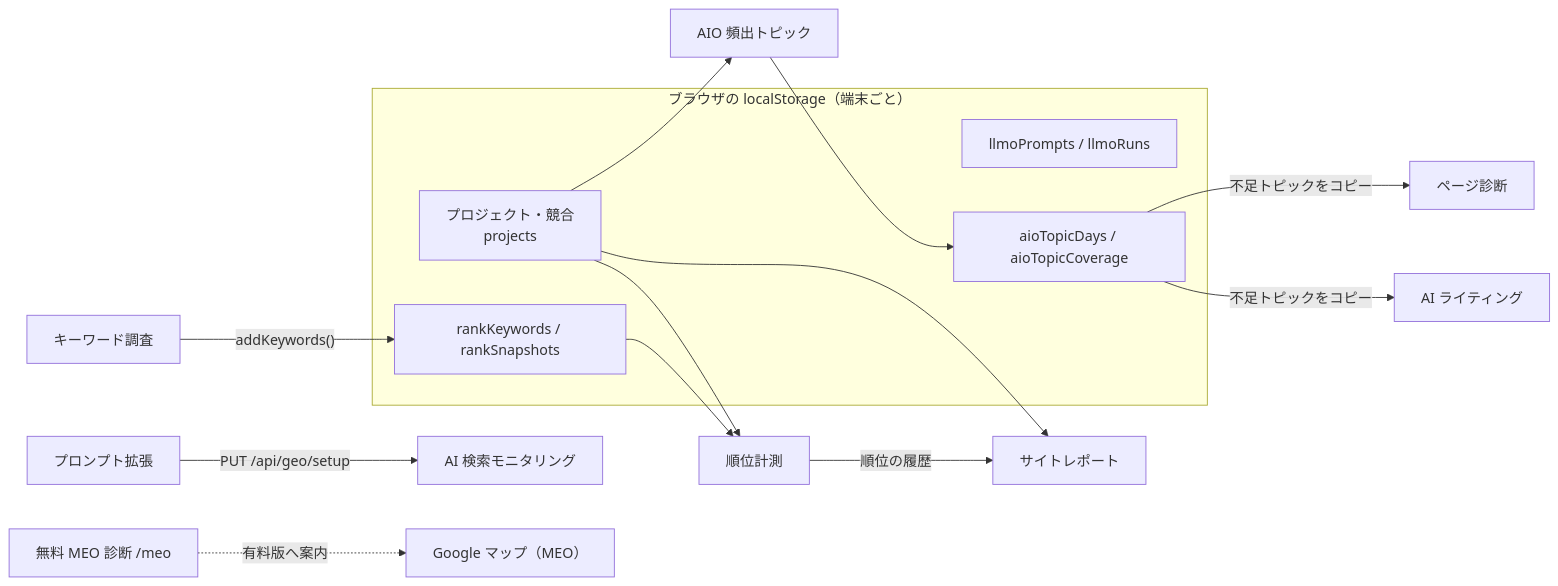
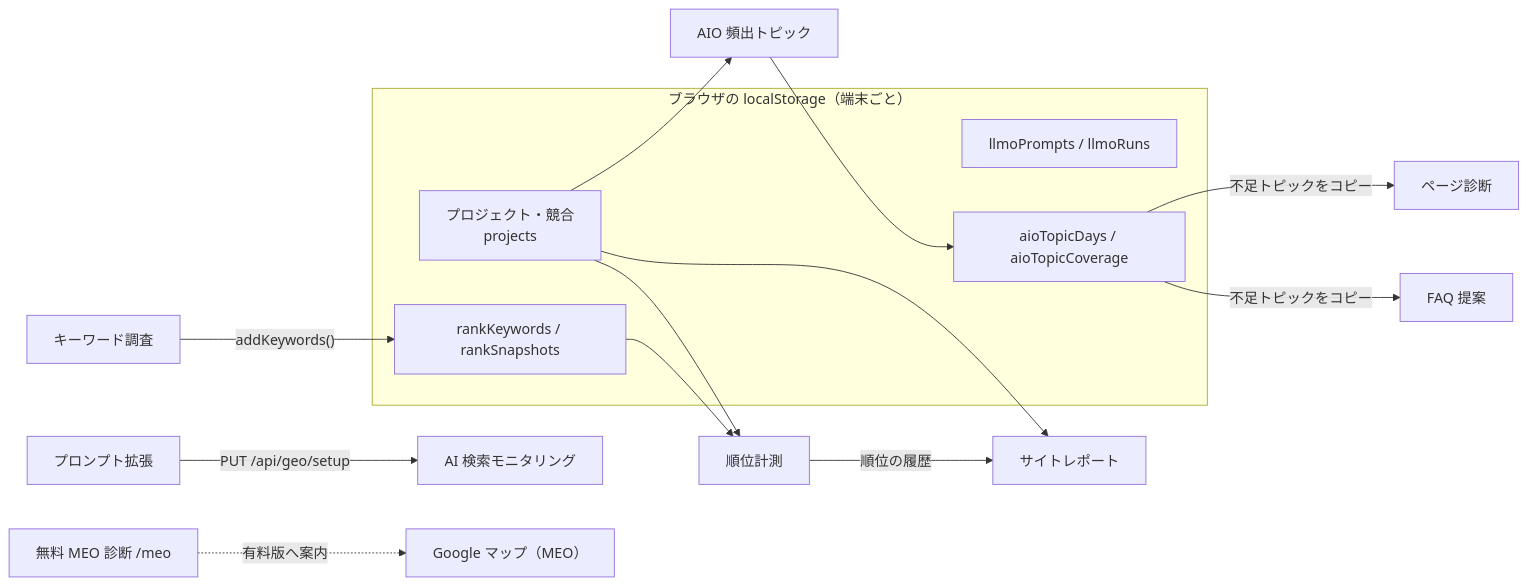
One commit to matsu609/seo-checker changed the third of 4 diagrams in docs/dev/tool-map.md. Above: the diagram before and after it, drawn with Mermaid. The commit also changed other lines of this file and 85 other files, not shown here.

````diff
--- a/docs/dev/tool-map.md
+++ b/docs/dev/tool-map.md
@@ -170,20 +170,20 @@
 ```mermaid
 flowchart LR
   subgraph browser["ブラウザの localStorage（端末ごと）"]
     PRJ["プロジェクト・競合<br/>projects"]
     KW["rankKeywords / rankSnapshots"]
     PR["llmoPrompts / llmoRuns"]
     TP["aioTopicDays / aioTopicCoverage"]
   end
   KWT["キーワード調査"] -->|"addKeywords()"| KW
   KW --> RANK["順位計測"]
   RANK -->|"順位の履歴"| SR["サイトレポート"]
   PEX["プロンプト拡張"] -->|"PUT /api/geo/setup"| GEO["AI 検索モニタリング"]
   AIO["AIO 頻出トピック"] --> TP
   TP -->|"不足トピックをコピー"| PD["ページ診断"]
-  TP -->|"不足トピックをコピー"| WR["AI ライティング"]
+  TP -->|"不足トピックをコピー"| FAQT["FAQ 提案"]
   PRJ --> RANK
   PRJ --> SR
   PRJ --> AIO
   FREEMEO["無料 MEO 診断 /meo"] -.->|"有料版へ案内"| MAPS["Google マップ（MEO）"]
 ```
````
